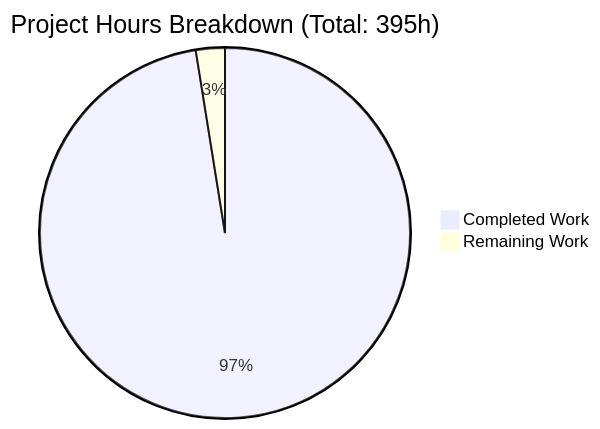
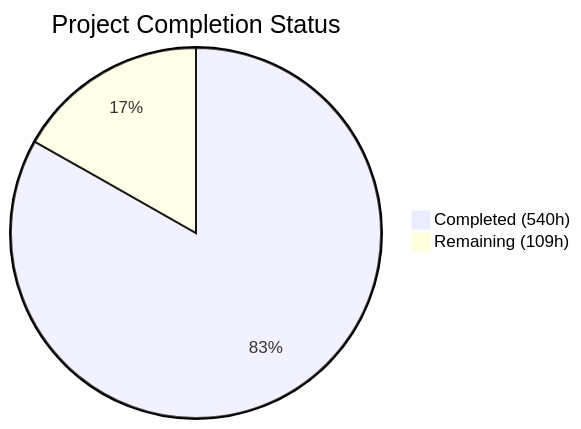
One commit to blitzy-public-samples/blitzy-dnsmasq changed the first of 2 diagrams in blitzy/documentation/Project Guide.md. Above: the diagram before and after it, drawn with Mermaid. The commit also changed other lines of this file, not shown here.

Commit message:
Adding Blitzy Project Guide: Project Status and Human Tasks Remaining

````diff
--- a/blitzy/documentation/Project Guide.md
+++ b/blitzy/documentation/Project Guide.md
@@ -33,5 +13,5 @@
 ```mermaid
-pie title Project Hours Breakdown (Total: 395h)
-    "Completed Work" : 385
-    "Remaining Work" : 10
+pie title Project Completion Status
+    "Completed (540h)" : 540
+    "Remaining (109h)" : 109
 ```
````
